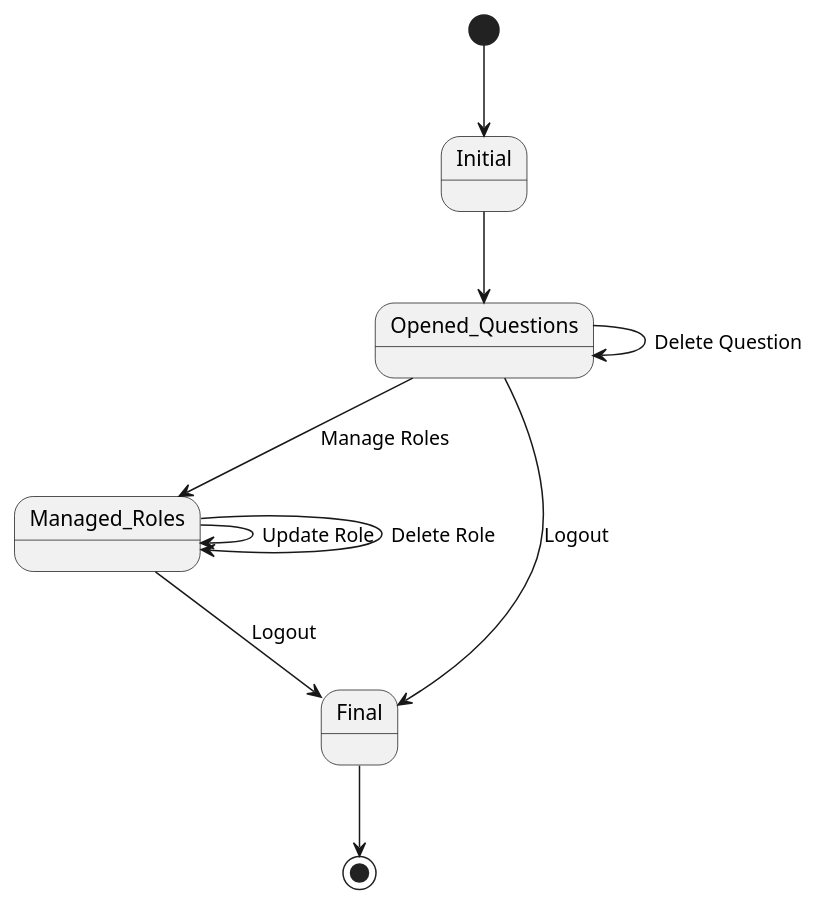
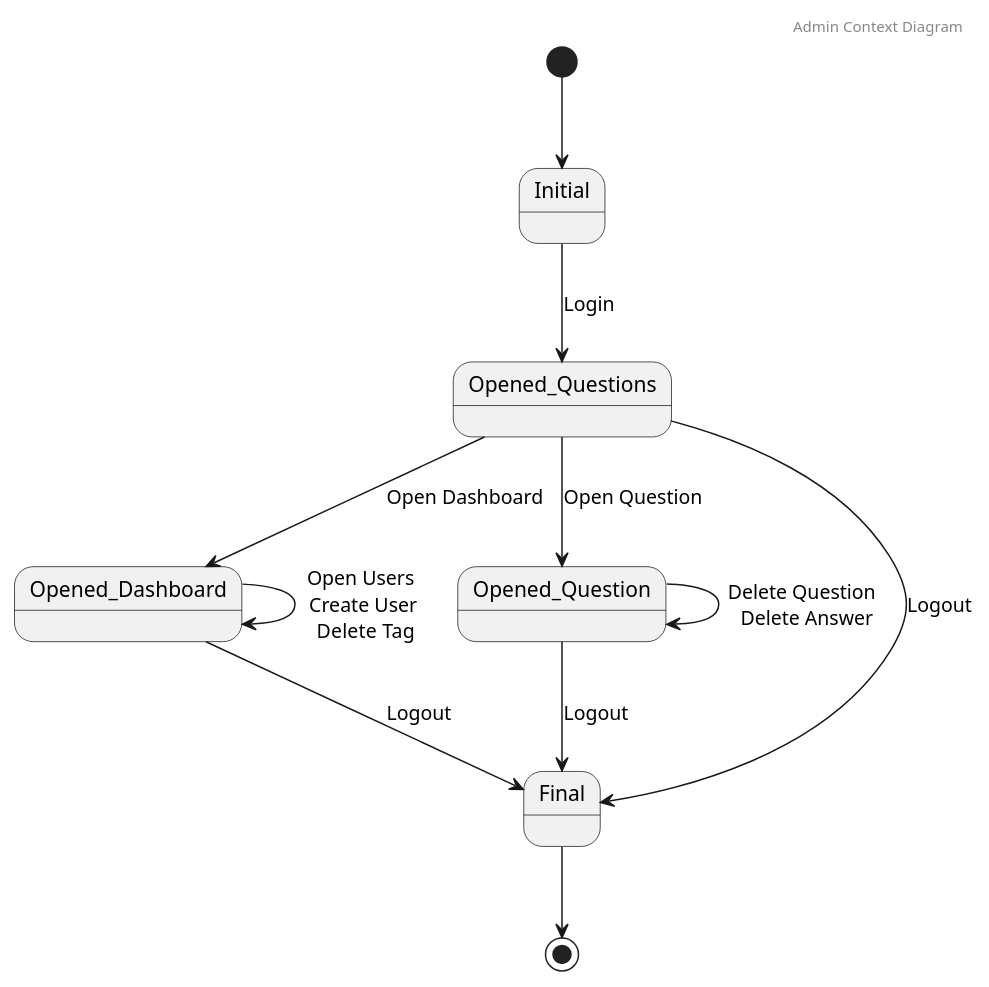
Before and after one commit to rafaelacirino/miw-backend-foro: the diagram in src/main/resources/templates/diagramaContextoAdmin.plantuml, drawn with PlantUML. The commit also changed 20 other files, not shown here.

Commit message:
adding more diagrams

```diff
--- a/src/main/resources/templates/diagramaContextoAdmin.plantuml
+++ b/src/main/resources/templates/diagramaContextoAdmin.plantuml
@@ -1,19 +1,20 @@
 @startuml
 
+header Admin Context Diagram
 
 [*] --> Initial
 
-Initial --> Opened_Questions
+Initial --> Opened_Questions: Login
 
-Opened_Questions --> Managed_Roles : Manage Roles
-Opened_Questions --> Opened_Questions : Delete Question
-'Opened_Questions --> Restored_Content : Restore Content
+Opened_Questions --> Opened_Dashboard : Open Dashboard
+Opened_Questions --> Opened_Question : Open Question
+Opened_Question --> Opened_Question : Delete Question \n Delete Answer
 Opened_Questions --> Final : Logout
+Opened_Question --> Final : Logout
 
-Managed_Roles --> Managed_Roles : Update Role
-Managed_Roles --> Managed_Roles : Delete Role
-Managed_Roles --> Final : Logout
+Opened_Dashboard --> Opened_Dashboard : Open Users \n Create User \n Delete Tag
+Opened_Dashboard --> Final : Logout
 
 Final --> [*]
 
 @enduml
```
